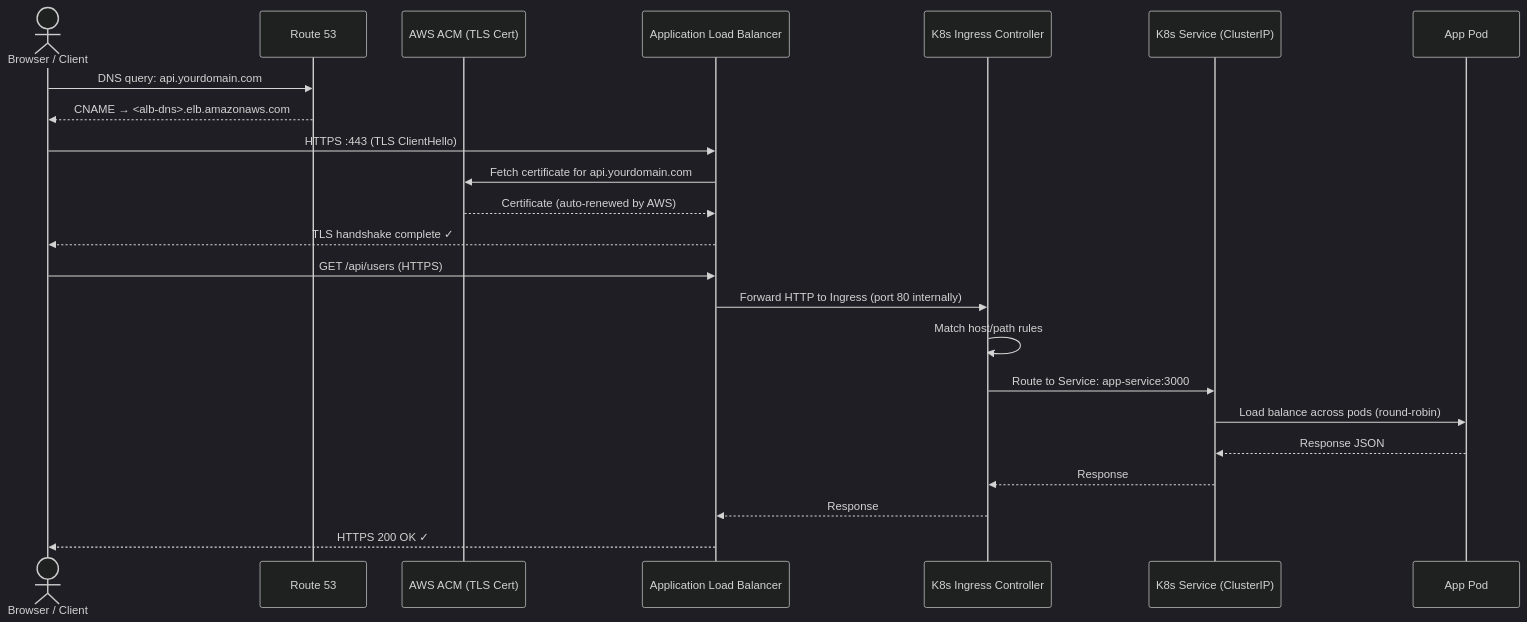
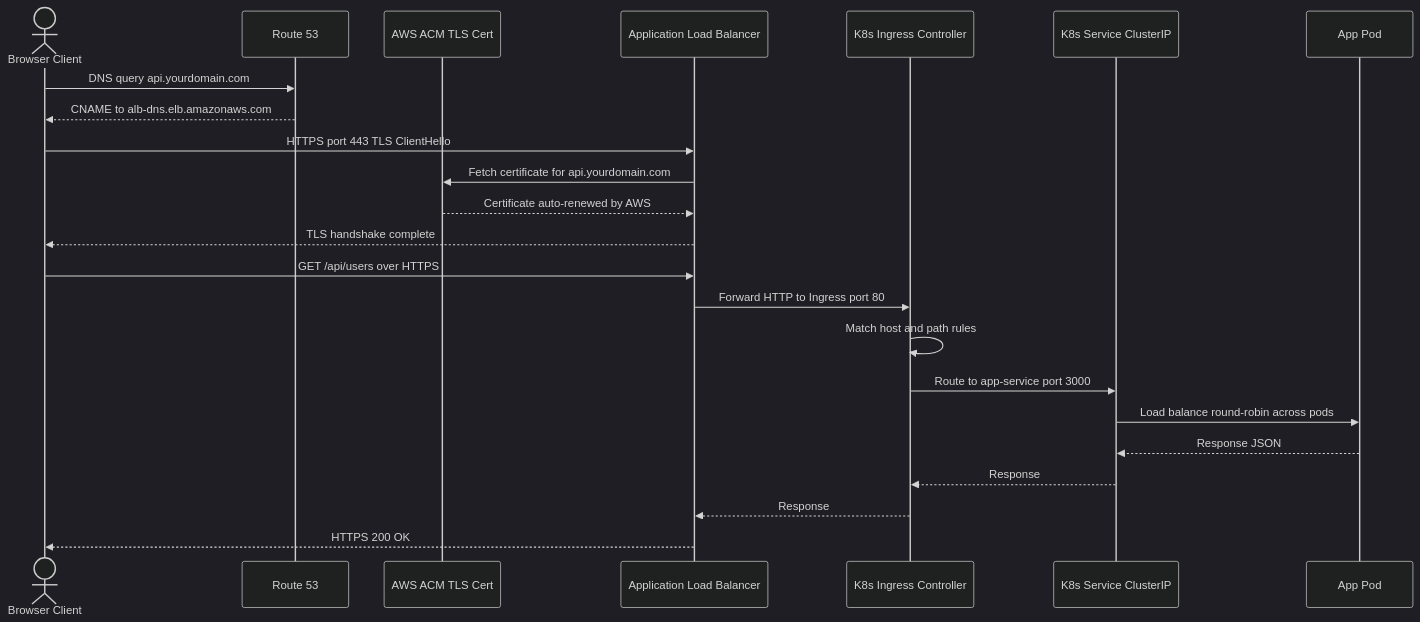
Before and after one commit to BaluRaut/eks-nodejs-python-database: the fifth of 8 diagrams in SEQUENCE_DIAGRAMS.md, drawn with Mermaid (dark theme). The commit also changed other lines of this file and 1 other file, not shown here.

First line of the commit message:
Fix sequence diagrams and isolate Mermaid render errors

````diff
--- a/SEQUENCE_DIAGRAMS.md
+++ b/SEQUENCE_DIAGRAMS.md
@@ -156,28 +154,28 @@
 ```mermaid
 sequenceDiagram
-    actor User as Browser / Client
+    actor User as Browser Client
     participant R53 as Route 53
-    participant ACM as AWS ACM (TLS Cert)
+    participant ACM as AWS ACM TLS Cert
     participant ALB as Application Load Balancer
     participant Ingress as K8s Ingress Controller
-    participant Svc as K8s Service (ClusterIP)
+    participant Svc as K8s Service ClusterIP
     participant Pod as App Pod
 
-    User->>R53: DNS query: api.yourdomain.com
-    R53-->>User: CNAME → <alb-dns>.elb.amazonaws.com
+    User->>R53: DNS query api.yourdomain.com
+    R53-->>User: CNAME to alb-dns.elb.amazonaws.com
 
-    User->>ALB: HTTPS :443 (TLS ClientHello)
+    User->>ALB: HTTPS port 443 TLS ClientHello
     ALB->>ACM: Fetch certificate for api.yourdomain.com
-    ACM-->>ALB: Certificate (auto-renewed by AWS)
-    ALB-->>User: TLS handshake complete ✓
+    ACM-->>ALB: Certificate auto-renewed by AWS
+    ALB-->>User: TLS handshake complete
 
-    User->>ALB: GET /api/users (HTTPS)
-    ALB->>Ingress: Forward HTTP to Ingress (port 80 internally)
-    Ingress->>Ingress: Match host/path rules
-    Ingress->>Svc: Route to Service: app-service:3000
-    Svc->>Pod: Load balance across pods (round-robin)
+    User->>ALB: GET /api/users over HTTPS
+    ALB->>Ingress: Forward HTTP to Ingress port 80
+    Ingress->>Ingress: Match host and path rules
+    Ingress->>Svc: Route to app-service port 3000
+    Svc->>Pod: Load balance round-robin across pods
     Pod-->>Svc: Response JSON
     Svc-->>Ingress: Response
     Ingress-->>ALB: Response
-    ALB-->>User: HTTPS 200 OK ✓
+    ALB-->>User: HTTPS 200 OK
 ```
````
